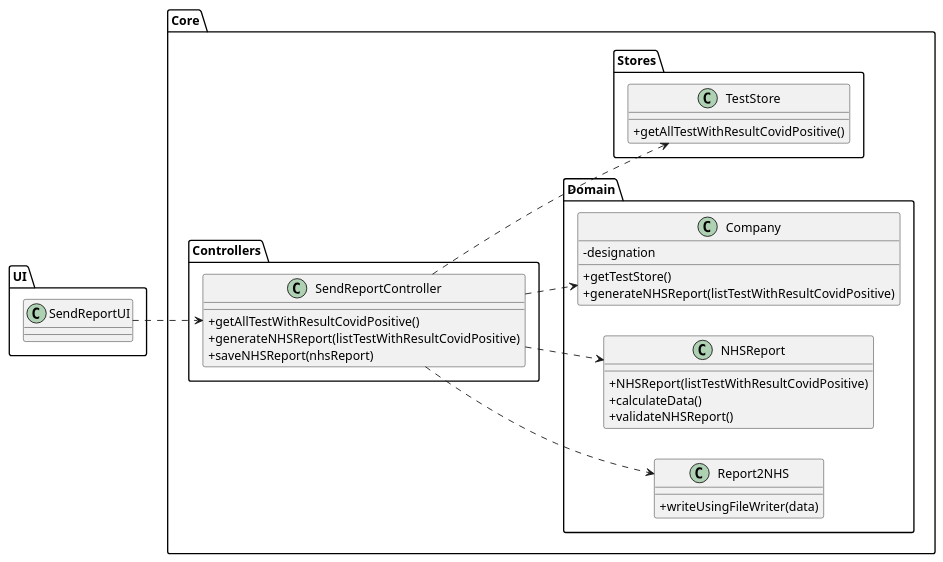
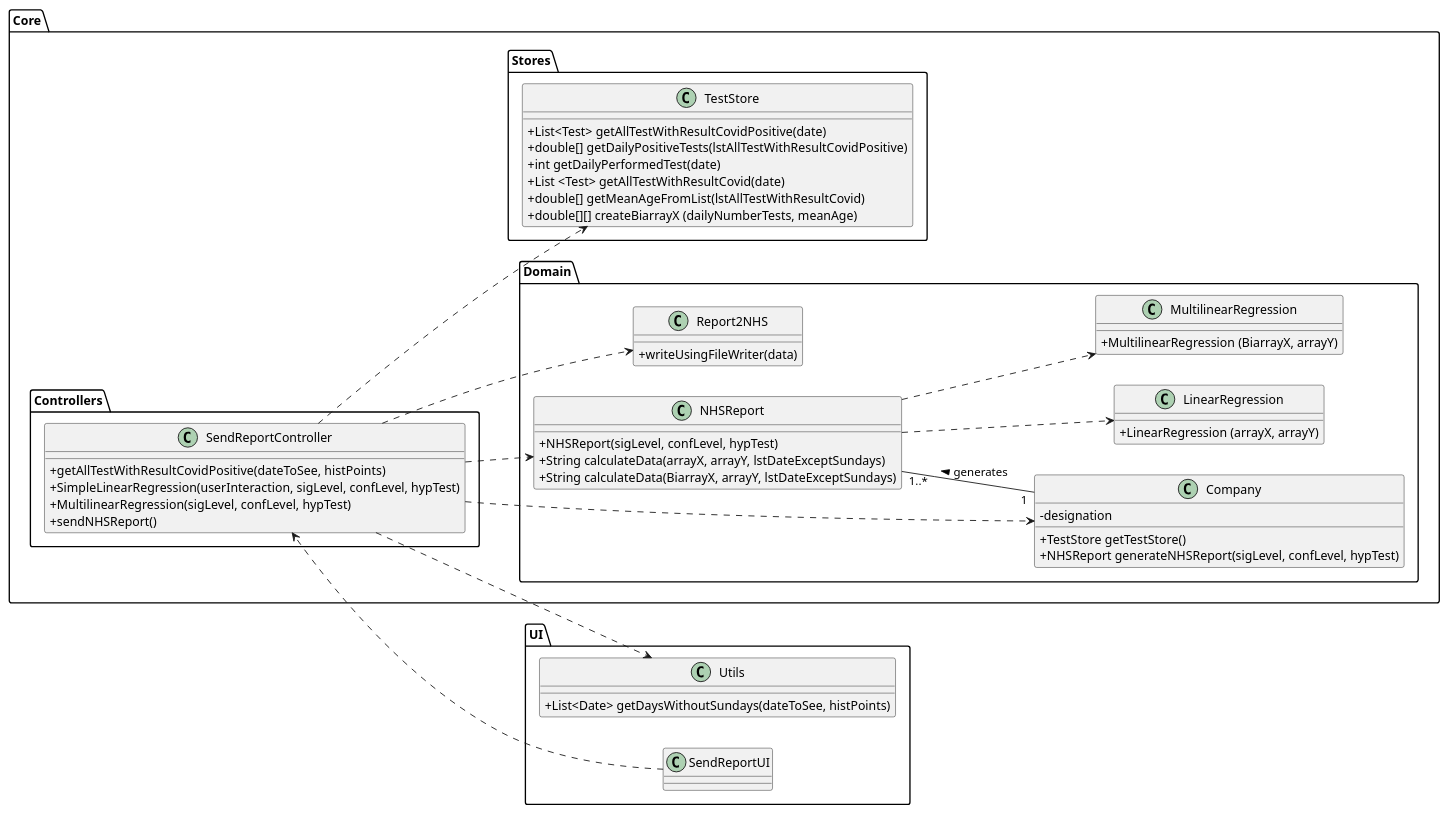
One commit to 0franciscor/lei-21-s2-1de-g19 changed the diagram in docs/SprintD/US18/US18-CD.puml. Above: the diagram before and after it, drawn with PlantUML. The commit also changed 3 other files, not shown here.

```diff
--- a/docs/SprintD/US18/US18-CD.puml
+++ b/docs/SprintD/US18/US18-CD.puml
@@ -1,54 +1,76 @@
 @startuml
 'https://plantuml.com/class-diagram
 
 skinparam classAttributeIconSize 0
 left to right direction
 
 package Core{
 
 package Controllers{
 class "SendReportController" as SRC {
-+getAllTestWithResultCovidPositive()
-+generateNHSReport(listTestWithResultCovidPositive)
-+saveNHSReport(nhsReport)
++getAllTestWithResultCovidPositive(dateToSee, histPoints)
++SimpleLinearRegression(userInteraction, sigLevel, confLevel, hypTest)
++MultilinearRegression(sigLevel, confLevel, hypTest)
++sendNHSReport()
 }
 }
 
 package Domain{
 class "Company" as C {
 -designation
-+getTestStore()
-+generateNHSReport(listTestWithResultCovidPositive)
++TestStore getTestStore()
++NHSReport generateNHSReport(sigLevel, confLevel, hypTest)
 }
 
 class "NHSReport" as NHSR {
-+NHSReport(listTestWithResultCovidPositive)
-+calculateData()
-+validateNHSReport()
++NHSReport(sigLevel, confLevel, hypTest)
++String calculateData(arrayX, arrayY, lstDateExceptSundays)
++String calculateData(BiarrayX, arrayY, lstDateExceptSundays)
 }
 
 class "Report2NHS" as R2NHS {
 +writeUsingFileWriter(data)
+}
+
+class "LinearRegression" as LR {
++LinearRegression (arrayX, arrayY)
+}
+
+class "MultilinearRegression" as MLR {
++MultilinearRegression (BiarrayX, arrayY)
 }
 
 }
 
 package Stores{
 
 class "TestStore" as TS {
-+getAllTestWithResultCovidPositive()
++List<Test> getAllTestWithResultCovidPositive(date)
++double[] getDailyPositiveTests(lstAllTestWithResultCovidPositive)
++int getDailyPerformedTest(date)
++List <Test> getAllTestWithResultCovid(date)
++double[] getMeanAgeFromList(lstAllTestWithResultCovid)
++double[][] createBiarrayX (dailyNumberTests, meanAge)
 }
 }
 }
 
 package UI{
 class "SendReportUI" as SRUI
+
+class "Utils" as U {
++List<Date> getDaysWithoutSundays(dateToSee, histPoints)
+}
 }
 
 SRUI ..> SRC
+SRC ..> U
 SRC ..> C
 SRC ..> TS
 SRC ..> NHSR
+NHSR ..> LR
+NHSR ..> MLR
 SRC ..> R2NHS
+NHSR "1..*" -- "1" C : < generates
 
 @enduml
```
